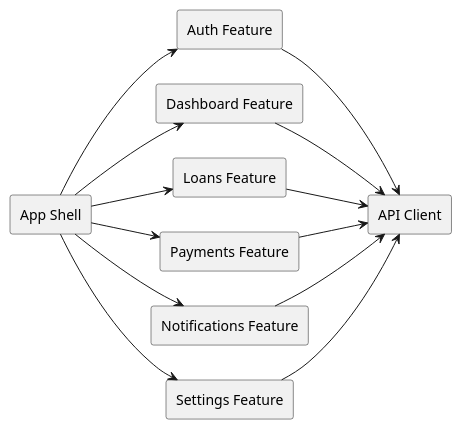
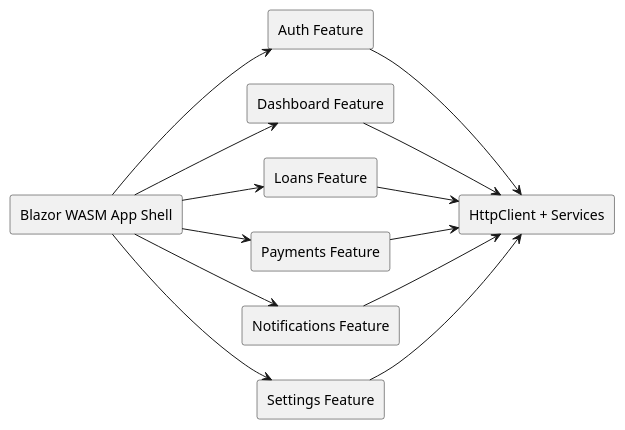
The diagram in docs/detailed-designs/diagrams/plantuml/fe_c4_component_spa.puml (QuinntyneBrown/LendQ), drawn with PlantUML before and after one commit. The commit also changed 151 other files, not shown here.

```diff
--- a/docs/detailed-designs/diagrams/plantuml/fe_c4_component_spa.puml
+++ b/docs/detailed-designs/diagrams/plantuml/fe_c4_component_spa.puml
@@ -1,25 +1,25 @@
 @startuml
 left to right direction
 skinparam shadowing false
-rectangle "App Shell" as shell
+rectangle "Blazor WASM App Shell" as shell
 rectangle "Auth Feature" as auth
 rectangle "Dashboard Feature" as dash
 rectangle "Loans Feature" as loans
 rectangle "Payments Feature" as payments
 rectangle "Notifications Feature" as notif
 rectangle "Settings Feature" as settings
-rectangle "API Client" as api
+rectangle "HttpClient + Services" as api
 
 shell --> auth
 shell --> dash
 shell --> loans
 shell --> payments
 shell --> notif
 shell --> settings
 auth --> api
 dash --> api
 loans --> api
 payments --> api
 notif --> api
 settings --> api
 @enduml
```
